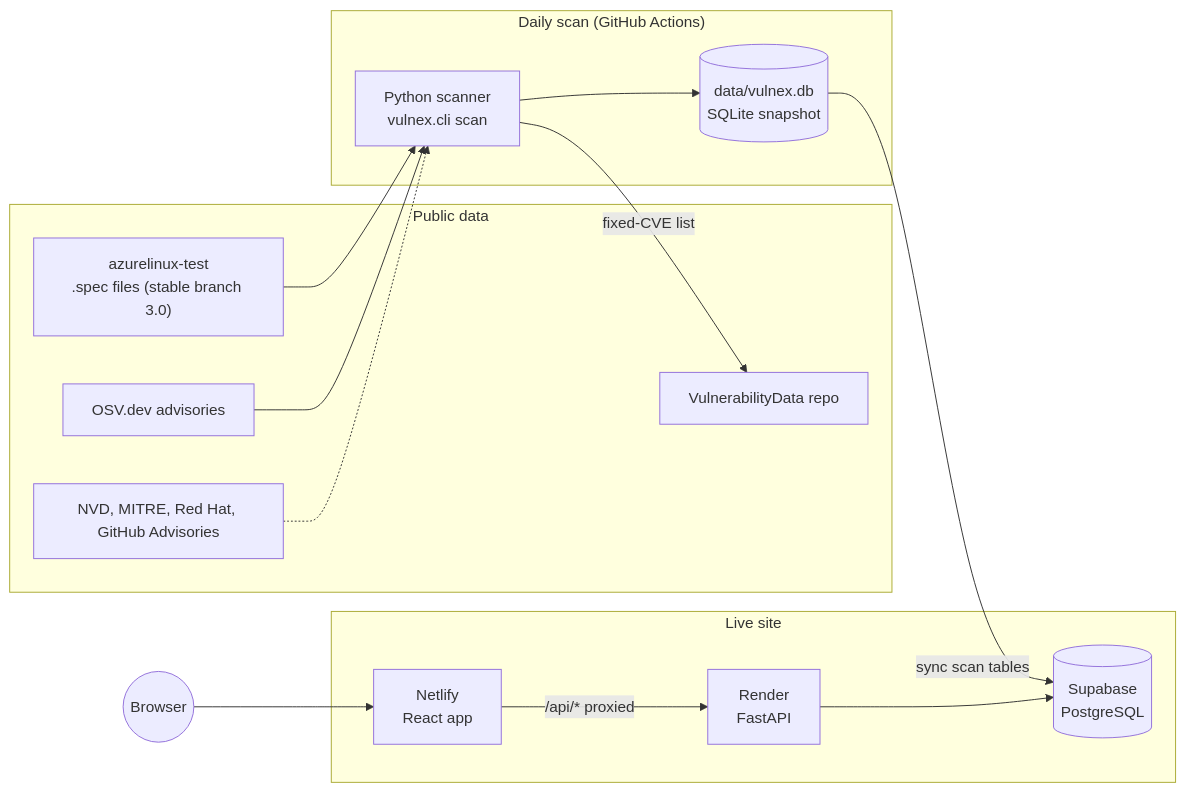
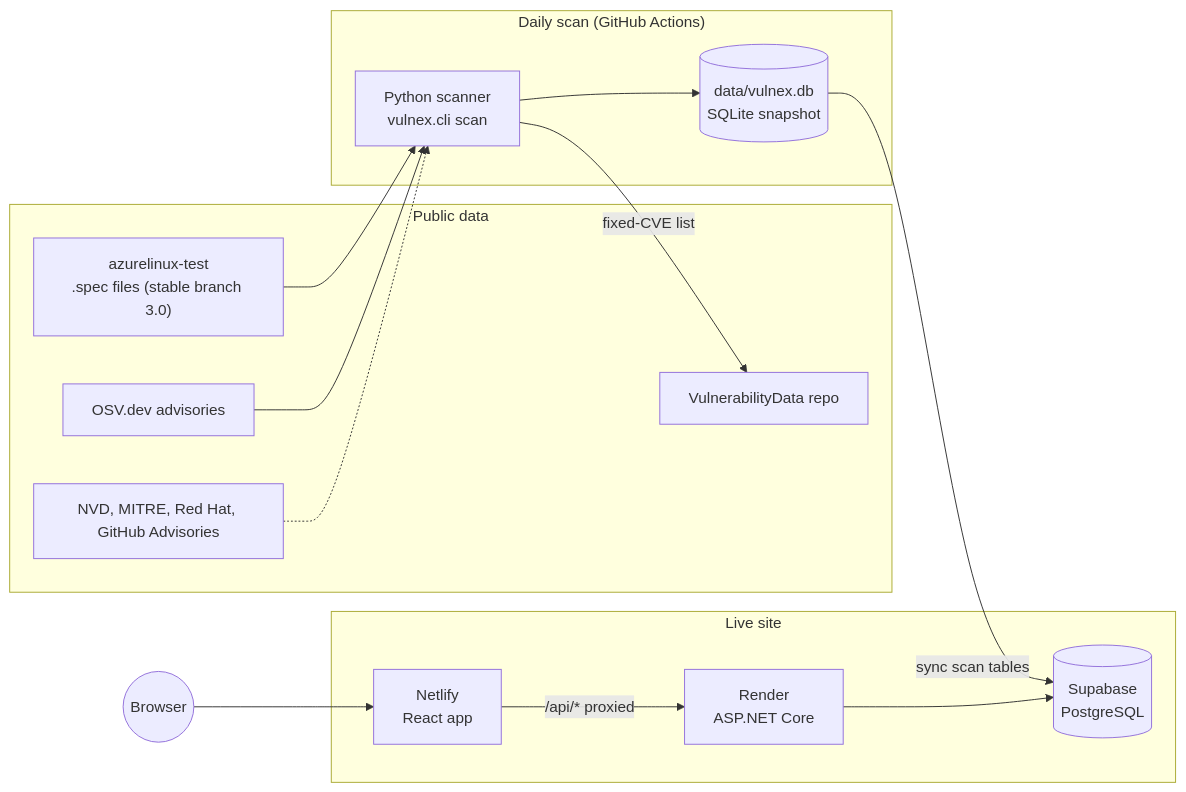
Before and after one commit to akhila-dev5/vulnex: the diagram in docs/02-architecture.md, drawn with Mermaid. The commit also changed other lines of this file and 78 other files, not shown here.

First line of the commit message:
Remove the Python API; replace its tests with golden and workflow tests on the .NET API

````diff
--- a/docs/02-architecture.md
+++ b/docs/02-architecture.md
@@ -5,30 +5,30 @@
 ```mermaid
 flowchart LR
     subgraph Sources["Public data"]
         SPECS["azurelinux-test<br/>.spec files (stable branch 3.0)"]
         OSV["OSV.dev advisories"]
         ENR["NVD, MITRE, Red Hat, GitHub Advisories"]
         VD["VulnerabilityData repo"]
     end
 
     subgraph Scan["Daily scan (GitHub Actions)"]
         CLI["Python scanner<br/>vulnex.cli scan"]
         SNAP[("data/vulnex.db<br/>SQLite snapshot")]
     end
 
     subgraph Live["Live site"]
         NET["Netlify<br/>React app"]
-        API["Render<br/>FastAPI"]
+        API["Render<br/>ASP.NET Core"]
         PG[("Supabase<br/>PostgreSQL")]
     end
 
     SPECS --> CLI
     OSV --> CLI
     ENR -.-> CLI
     CLI --> SNAP
     CLI -->|fixed-CVE list| VD
     SNAP -->|sync scan tables| PG
     NET -->|/api/* proxied| API
     API --> PG
     USER(("Browser")) --> NET
 ```
````
